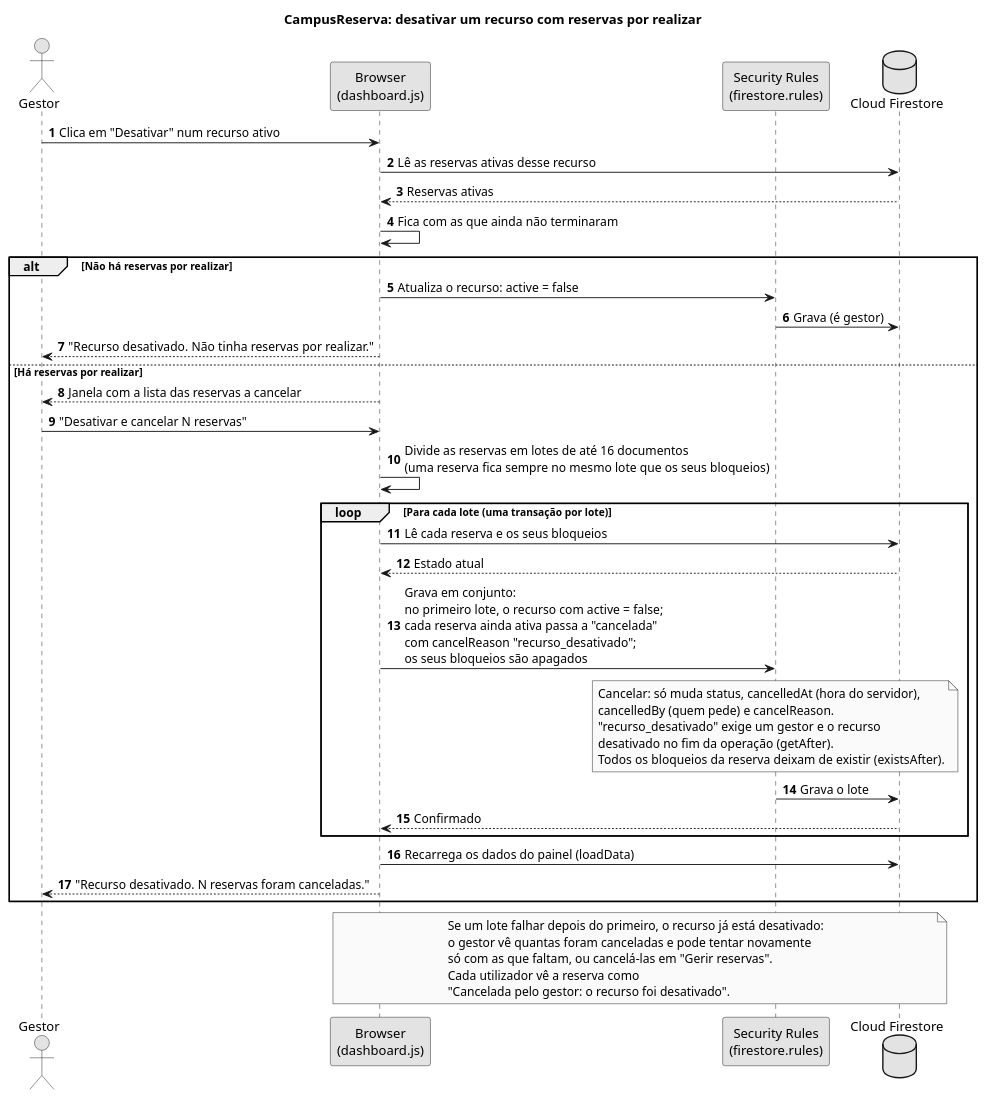
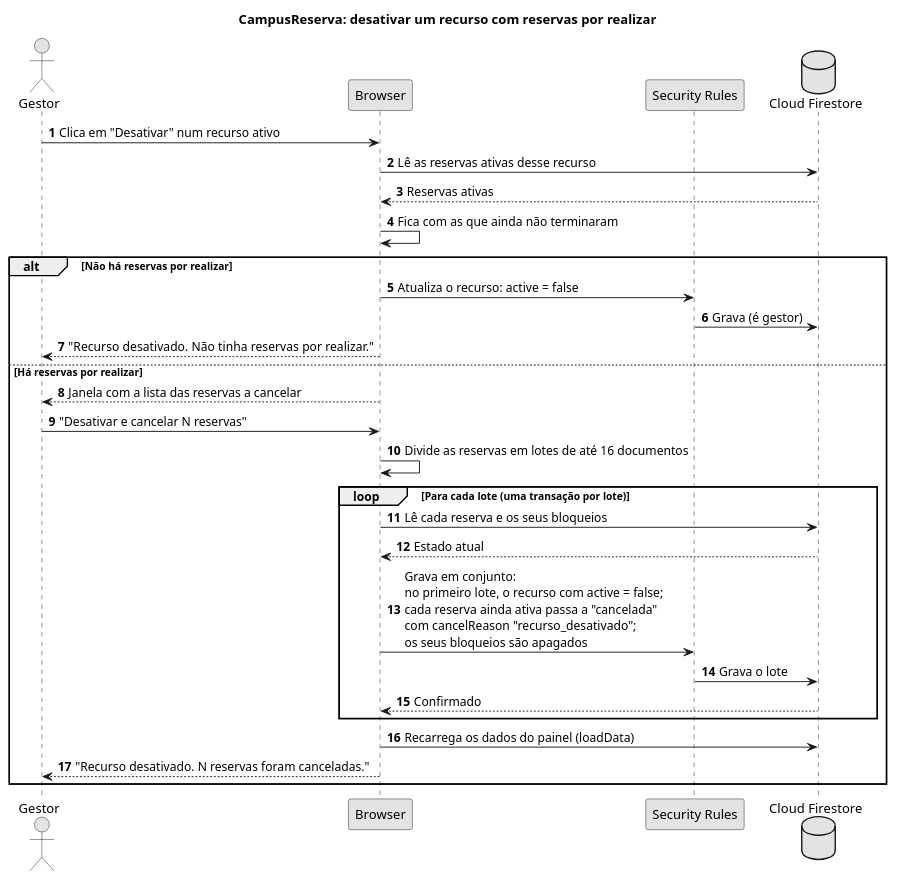
One commit to diogofcpereira/CampusReserva changed the diagram in docs/diagramas/sequencia-desativacao.puml. Above: the diagram before and after it, drawn with PlantUML. The commit also changed 7 other files, not shown here.

```diff
--- a/docs/diagramas/sequencia-desativacao.puml
+++ b/docs/diagramas/sequencia-desativacao.puml
@@ -1,54 +1,40 @@
 @startuml sequencia-desativacao
 
 title CampusReserva: desativar um recurso com reservas por realizar
 
 skinparam monochrome true
 skinparam shadowing false
 autonumber
 
 actor "Gestor" as G
-participant "Browser\n(dashboard.js)" as B
-participant "Security Rules\n(firestore.rules)" as R
+participant "Browser" as B
+participant "Security Rules" as R
 database "Cloud Firestore" as F
 
 G -> B : Clica em "Desativar" num recurso ativo
 B -> F : Lê as reservas ativas desse recurso
 F --> B : Reservas ativas
 B -> B : Fica com as que ainda não terminaram
 
 alt Não há reservas por realizar
   B -> R : Atualiza o recurso: active = false
   R -> F : Grava (é gestor)
   B --> G : "Recurso desativado. Não tinha reservas por realizar."
 else Há reservas por realizar
   B --> G : Janela com a lista das reservas a cancelar
   G -> B : "Desativar e cancelar N reservas"
-  B -> B : Divide as reservas em lotes de até 16 documentos\n(uma reserva fica sempre no mesmo lote que os seus bloqueios)
+  B -> B : Divide as reservas em lotes de até 16 documentos
 
   loop Para cada lote (uma transação por lote)
     B -> F : Lê cada reserva e os seus bloqueios
     F --> B : Estado atual
     B -> R : Grava em conjunto:\nno primeiro lote, o recurso com active = false;\ncada reserva ainda ativa passa a "cancelada"\ncom cancelReason "recurso_desativado";\nos seus bloqueios são apagados
-    note over R
-      Cancelar: só muda status, cancelledAt (hora do servidor),
-      cancelledBy (quem pede) e cancelReason.
-      "recurso_desativado" exige um gestor e o recurso
-      desativado no fim da operação (getAfter).
-      Todos os bloqueios da reserva deixam de existir (existsAfter).
-    end note
     R -> F : Grava o lote
     F --> B : Confirmado
   end
 
   B -> F : Recarrega os dados do painel (loadData)
   B --> G : "Recurso desativado. N reservas foram canceladas."
 end
 
-note over B, F
-  Se um lote falhar depois do primeiro, o recurso já está desativado:
-  o gestor vê quantas foram canceladas e pode tentar novamente
-  só com as que faltam, ou cancelá-las em "Gerir reservas".
-  Cada utilizador vê a reserva como
-  "Cancelada pelo gestor: o recurso foi desativado".
-end note
 @enduml
```
